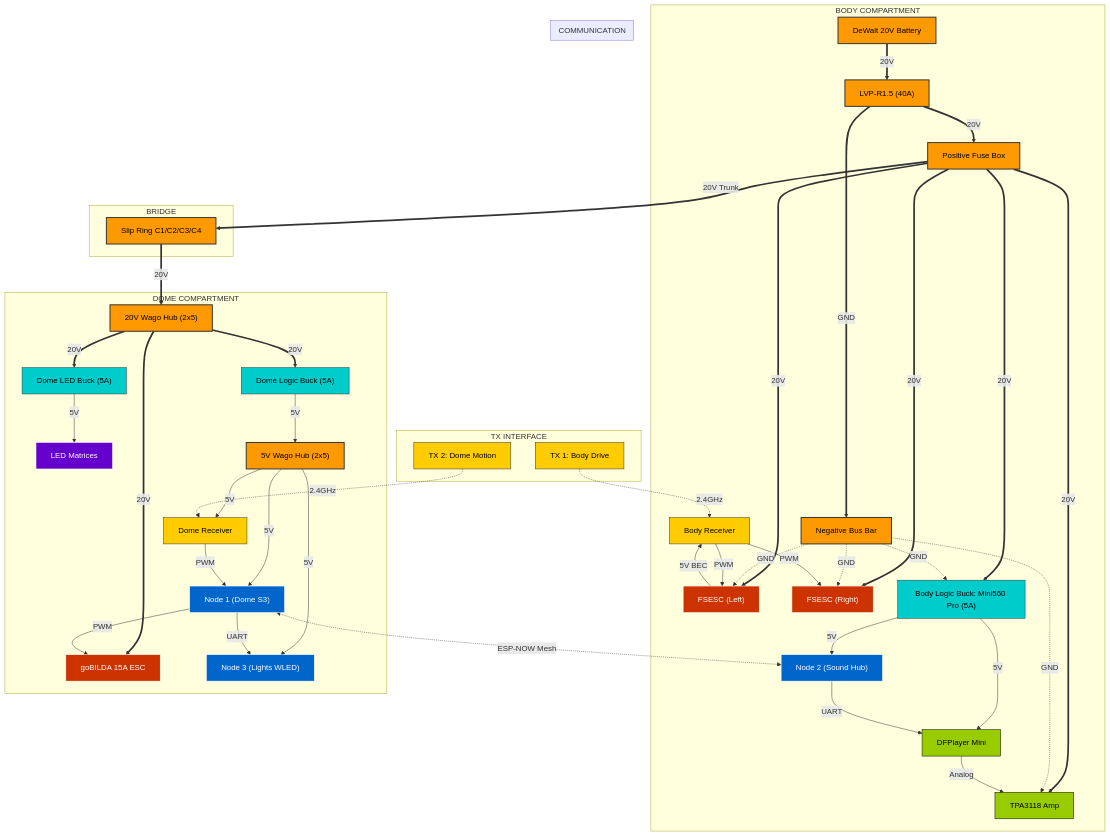
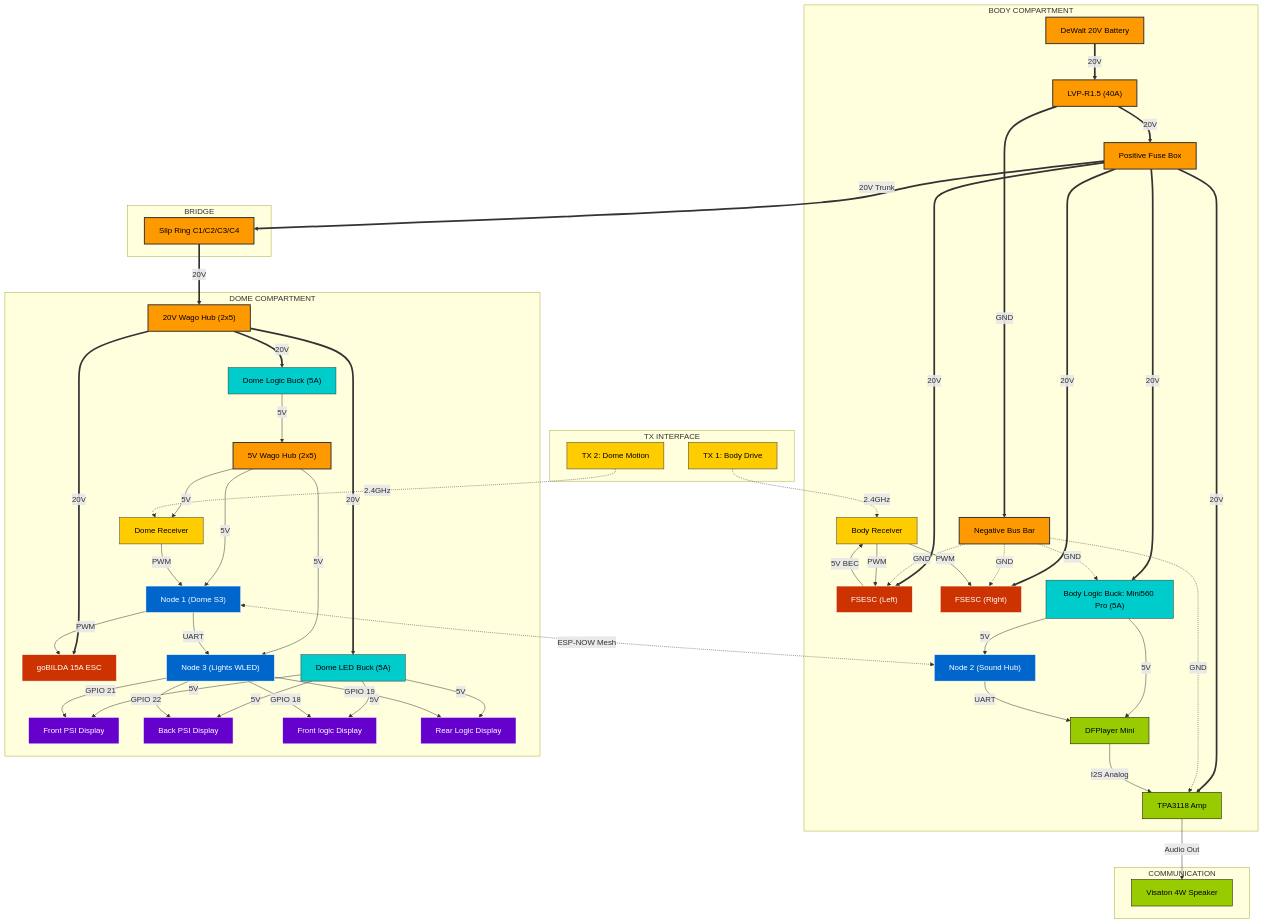
Before and after one commit to Ruzzler/Wee2-D2: the diagram in docs/architecture/electrical-schematic.md, drawn with Mermaid.

Commit message:
docs(schematic): split LEDs into individual components and add Speaker endpoint

```diff
--- a/docs/architecture/electrical-schematic.md
+++ b/docs/architecture/electrical-schematic.md
@@ -49,7 +49,11 @@
     DOME_WAGO_20V ==>|20V| BUCK_LEDS["Dome LED Buck (5A)"]:::logic
     DOME_WAGO_20V ==>|20V| BUCK_LOGIC["Dome Logic Buck (5A)"]:::logic
 
-    BUCK_LEDS -->|5V| LEDS["LED Matrices"]:::lights
+    BUCK_LEDS -->|5V| F_PSI["Front PSI Display"]:::lights
+    BUCK_LEDS -->|5V| B_PSI["Back PSI Display"]:::lights
+    BUCK_LEDS -->|5V| F_LOGIC["Front logic Display"]:::lights
+    BUCK_LEDS -->|5V| B_LOGIC["Rear Logic Display"]:::lights
+
     BUCK_LOGIC -->|5V| DOME_WAGO_5V["5V Wago Hub (2x5)"]:::power
 
     DOME_WAGO_5V -->|5V| NODE_3["Node 3 (Lights WLED)"]:::brain
@@ -64,10 +68,18 @@
     RC1 -->|PWM| ESC2
     RC2 -->|PWM| NODE_1
     NODE_1 -->|PWM| DOME_ESC
-    AUDIO -->|Analog| AMP
+    
+    AUDIO -->|I2S Analog| AMP
+    AMP -->|Audio Out| SPK["Visaton 4W Speaker"]:::audio
+    
     NODE_1 <-.->|ESP-NOW Mesh| NODE_2
     NODE_1 -->|UART| NODE_3
     NODE_2 -->|UART| AUDIO
+
+    NODE_3 -->|GPIO 18| F_LOGIC
+    NODE_3 -->|GPIO 19| B_LOGIC
+    NODE_3 -->|GPIO 21| F_PSI
+    NODE_3 -->|GPIO 22| B_PSI
   end
 
   %% --- ABSOLUTE TERMINATION: Styling & Interaction ---
@@ -87,6 +99,7 @@
   click DOME_ESC href "../hardware/gobilda-motor-manual.md" "15A PWM Peak (30V Capable)"
   click BODY_BUCK href "../bill-of-materials.md" "Mini560 Pro (5A) Logic"
   click BUCK_LEDS href "../bill-of-materials.md" "Dedicated High-Current LED Supply (Mini560 Pro)"
+  click SPK href "../capabilities/lights-and-sounds/audio-system.md" "Visaton 4W Speaker"
 
   classDef power fill:#ff9900,stroke:#333,stroke-width:2px,color:#000
   classDef drive fill:#cc3300,stroke:#fff,color:#fff
```
